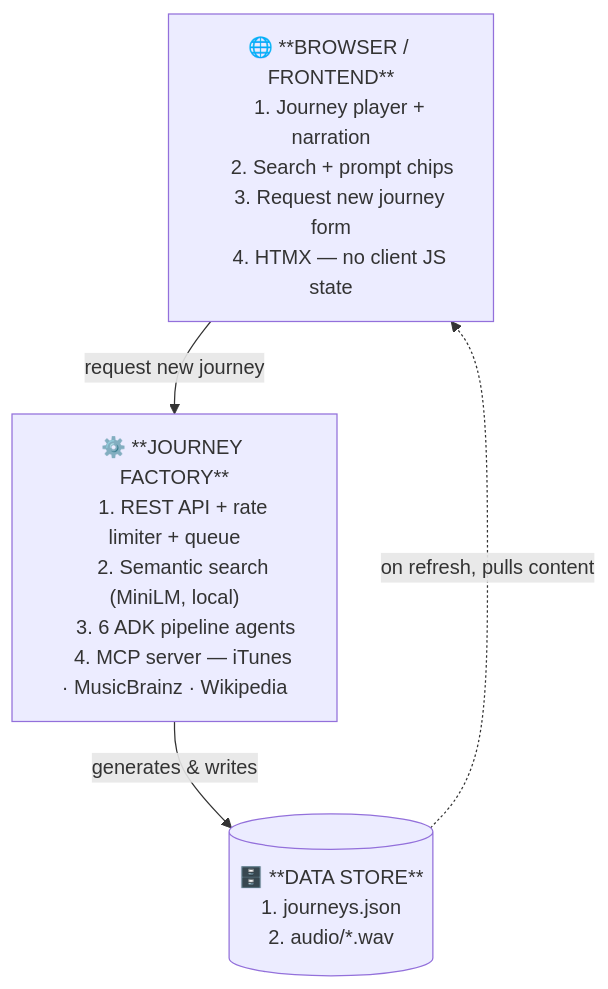
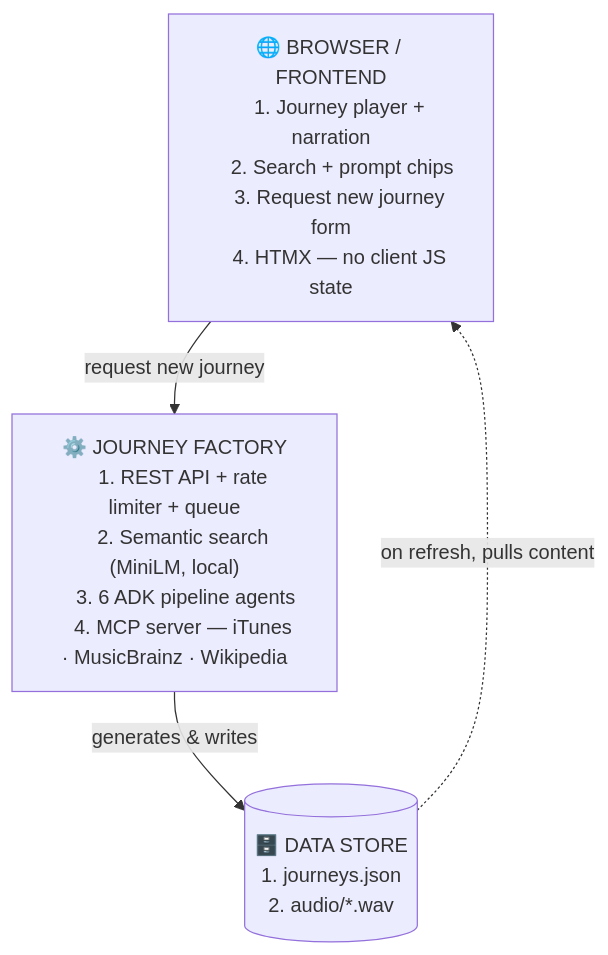
Before and after one commit to shiraakov/sonic-rabbit: the diagram in docs/architecture.md, drawn with Mermaid.

Commit message:
Fix bold markers in Mermaid diagram labels

````diff
--- a/docs/architecture.md
+++ b/docs/architecture.md
@@ -3,22 +3,22 @@
 ```mermaid
 flowchart TD
-    FE["🌐 **BROWSER / FRONTEND**
+    FE["🌐 BROWSER / FRONTEND
     1. Journey player + narration
     2. Search + prompt chips
     3. Request new journey form
     4. HTMX — no client JS state"]
 
-    JF["⚙️ **JOURNEY FACTORY**
+    JF["⚙️ JOURNEY FACTORY
     1. REST API + rate limiter + queue
     2. Semantic search (MiniLM, local)
     3. 6 ADK pipeline agents
     4. MCP server — iTunes · MusicBrainz · Wikipedia"]
 
-    DB[("🗄️ **DATA STORE**
+    DB[("🗄️ DATA STORE
     1. journeys.json
     2. audio/*.wav")]
 
     FE -->|request new journey| JF
     JF -->|generates & writes| DB
     DB -.->|on refresh, pulls content| FE
 ```
````
